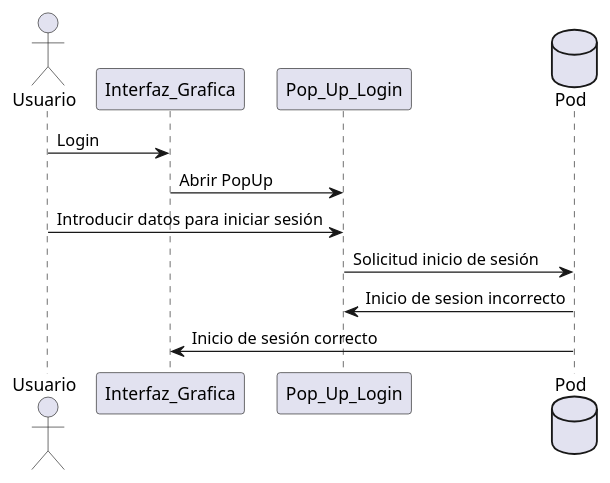
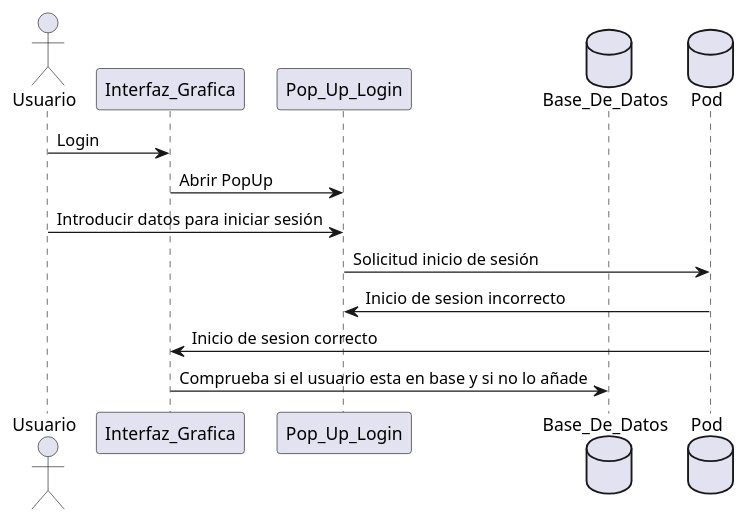
The first of 5 diagrams in webapp/docs/06_runtime_view.adoc (UO264921/radarin_es2b), drawn with PlantUML before and after one commit. The commit also changed other lines of this file and 1 other file, not shown here.

Commit message:
Actualización de la documentación

```diff
--- a/webapp/docs/06_runtime_view.adoc
+++ b/webapp/docs/06_runtime_view.adoc
@@ -9,15 +9,20 @@
 [plantuml, {plantUMLDir}iniciarSesion, svg]
 ----
+@startuml
 actor Usuario
 participant Interfaz_Grafica
 participant Pop_Up_Login
+database Base_De_Datos
 database Pod
 Usuario -> Interfaz_Grafica: Login
 Interfaz_Grafica -> Pop_Up_Login: Abrir PopUp
 Usuario -> Pop_Up_Login: Introducir datos para iniciar sesión
 
 Pop_Up_Login -> Pod: Solicitud inicio de sesión
 
 Pod -> Pop_Up_Login: Inicio de sesion incorrecto
-Pod -> Interfaz_Grafica: Inicio de sesión correcto
+Pod -> Interfaz_Grafica: Inicio de sesion correcto
+
+Interfaz_Grafica-> Base_De_Datos: Comprueba si el usuario esta en base y si no lo añade
+@enduml
 ----
```
